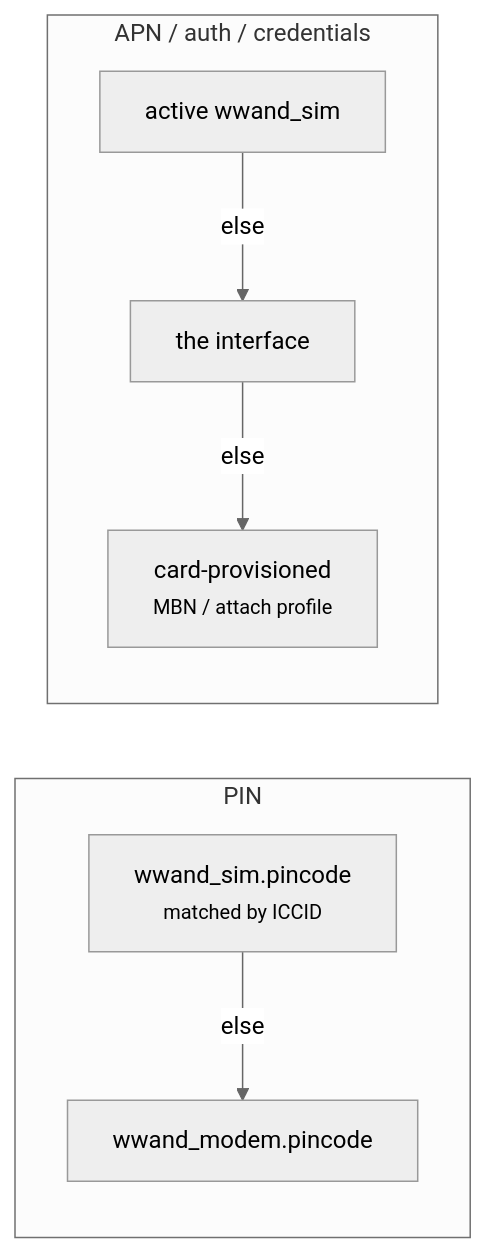
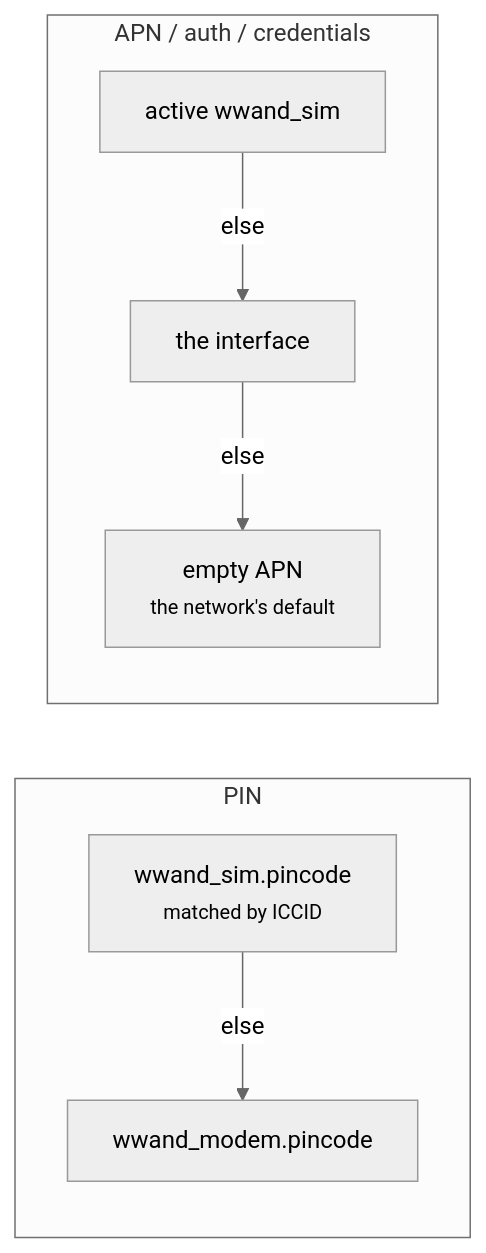
The second of 2 diagrams in docs/reference.md (MayorBug/wwand), drawn with Mermaid (neutral theme) before and after one commit. The commit also changed other lines of this file and 20 other files, not shown here.

````diff
--- a/docs/reference.md
+++ b/docs/reference.md
@@ -230,10 +234,10 @@
 ```mermaid
 flowchart LR
   subgraph PIN["PIN"]
     P1["wwand_sim.pincode<br/><small>matched by ICCID</small>"] -->|else| P2["wwand_modem.pincode"]
   end
   subgraph APN["APN / auth / credentials"]
     A1["active wwand_sim"] -->|else| A2["the interface"]
-    A2 -->|else| A3["card-provisioned<br/><small>MBN / attach profile</small>"]
+    A2 -->|else| A3["empty APN<br/><small>the network's default</small>"]
   end
 ```
````
